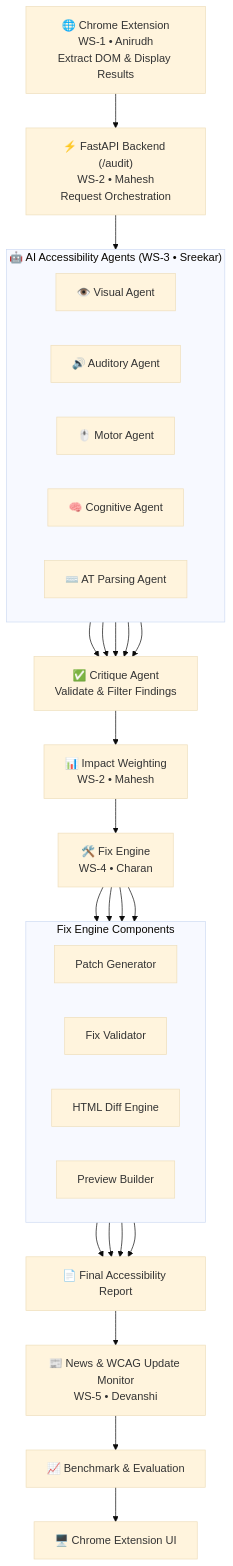
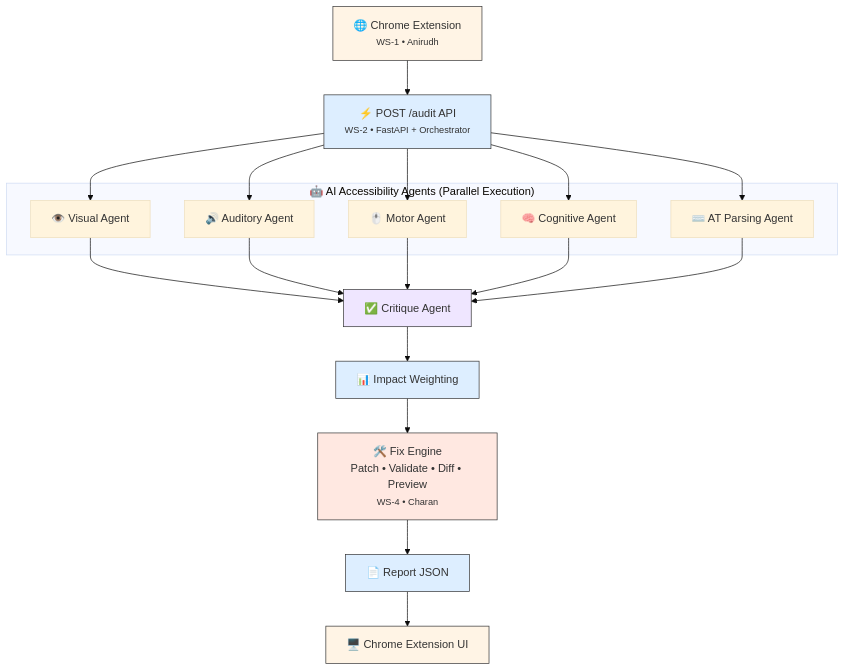
One commit to sreeks7675/AccessAI changed the diagram in README.md. Above: the diagram before and after it, drawn with Mermaid (base theme). The commit also changed other lines of this file, not shown here.

````diff
--- a/README.md
+++ b/README.md
@@ -47,64 +9,43 @@
 ```mermaid
 flowchart TD
 
-A["🌐 Chrome Extension<br/>WS-1 • Anirudh<br/>Extract DOM & Display Results"]
+A["🌐 Chrome Extension<br><small>WS-1 • Anirudh</small>"]
 
-A --> B["⚡ FastAPI Backend (/audit)<br/>WS-2 • Mahesh<br/>Request Orchestration"]
+A --> B["⚡ POST /audit API<br><small>WS-2 • FastAPI + Orchestrator</small>"]
 
-B --> C
-
-subgraph C["🤖 AI Accessibility Agents (WS-3 • Sreekar)"]
-direction LR
-
-V["👁️ Visual Agent"]
-AU["🔊 Auditory Agent"]
-M["🖱️ Motor Agent"]
-COG["🧠 Cognitive Agent"]
-AT["⌨️ AT Parsing Agent"]
-
+subgraph AGENTS["🤖 AI Accessibility Agents (Parallel Execution)"]
+C1["👁️ Visual Agent"]
+C2["🔊 Auditory Agent"]
+C3["🖱️ Motor Agent"]
+C4["🧠 Cognitive Agent"]
+C5["⌨️ AT Parsing Agent"]
 end
 
-V --> D
-AU --> D
-M --> D
-COG --> D
-AT --> D
+B --> C1
+B --> C2
+B --> C3
+B --> C4
+B --> C5
 
-D["✅ Critique Agent<br/>Validate & Filter Findings"]
+C1 --> D["✅ Critique Agent"]
+C2 --> D
+C3 --> D
+C4 --> D
+C5 --> D
 
-D --> E
+D --> E["📊 Impact Weighting"]
 
-E["📊 Impact Weighting<br/>WS-2 • Mahesh"]
+E --> F["🛠️ Fix Engine<br/>Patch • Validate • Diff • Preview<br/><small>WS-4 • Charan</small>"]
 
-E --> F
+F --> G["📄 Report JSON"]
 
-F["🛠️ Fix Engine<br/>WS-4 • Charan"]
+G --> H["🖥️ Chrome Extension UI"]
 
-subgraph FIX["Fix Engine Components"]
-direction LR
-
-PG["Patch Generator"]
-FV["Fix Validator"]
-DE["HTML Diff Engine"]
-PB["Preview Builder"]
-
-end
-
-F --> PG
-F --> FV
-F --> DE
-F --> PB
-
-PG --> G
-FV --> G
-DE --> G
-PB --> G
-
-G["📄 Final Accessibility Report"]
-
-G --> H["📰 News & WCAG Update Monitor<br/>WS-5 • Devanshi"]
-
-H --> I["📈 Benchmark & Evaluation"]
-
-I --> J["🖥️ Chrome Extension UI"]
+style A fill:#FFF4E5,stroke:#333
+style B fill:#DDEEFF,stroke:#333
+style D fill:#EFE6FF,stroke:#333
+style E fill:#DDEEFF,stroke:#333
+style F fill:#FFE8E1,stroke:#333
+style G fill:#DDEEFF,stroke:#333
+style H fill:#FFF4E5,stroke:#333
 ```
````
